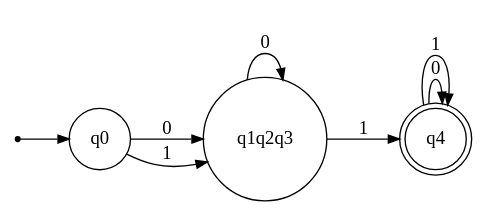
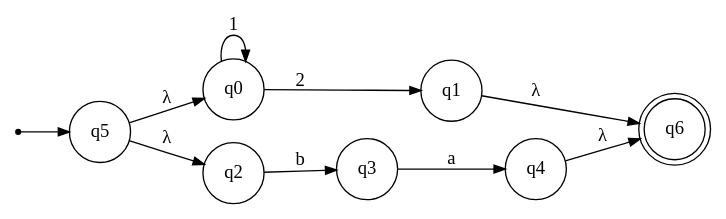
The diagram in Project1/Digraph.gv (AliSheikhAttar/TheoryofLanguagesAndAutomata), drawn with Graphviz before and after one commit. The commit also changed 6 other files, not shown here.

```diff
--- a/Project1/Digraph.gv
+++ b/Project1/Digraph.gv
@@ -1,15 +1,21 @@
 digraph {
 	ranksep=0.5 size="(8, 8)"
 	rankdir=LR
 	Initial [label="" fontsize=14.0 shape=point]
 	q0 [fontsize=14.0 shape=circle]
-	q1q2q3 [fontsize=14.0 shape=circle]
-	q4 [fontsize=14.0 shape=doublecircle]
-	Initial -> q0 [arrowsize=0.85]
-	q0 -> q1q2q3 [label=" 0 " arrowsize=0.85 fontsize=14.0]
-	q0 -> q1q2q3 [label=" 1 " arrowsize=0.85 fontsize=14.0]
-	q1q2q3 -> q1q2q3 [label=" 0 " arrowsize=0.85 fontsize=14.0]
-	q1q2q3 -> q4 [label=" 1 " arrowsize=0.85 fontsize=14.0]
-	q4 -> q4 [label=" 0 " arrowsize=0.85 fontsize=14.0]
-	q4 -> q4 [label=" 1 " arrowsize=0.85 fontsize=14.0]
+	q1 [fontsize=14.0 shape=circle]
+	q2 [fontsize=14.0 shape=circle]
+	q3 [fontsize=14.0 shape=circle]
+	q4 [fontsize=14.0 shape=circle]
+	q5 [fontsize=14.0 shape=circle]
+	q6 [fontsize=14.0 shape=doublecircle]
+	Initial -> q5 [arrowsize=0.85]
+	q0 -> q0 [label=" 1 " arrowsize=0.85 fontsize=14.0]
+	q0 -> q1 [label=" 2 " arrowsize=0.85 fontsize=14.0]
+	q1 -> q6 [label=" λ " arrowsize=0.85 fontsize=14.0]
+	q2 -> q3 [label=" b " arrowsize=0.85 fontsize=14.0]
+	q3 -> q4 [label=" a " arrowsize=0.85 fontsize=14.0]
+	q4 -> q6 [label=" λ " arrowsize=0.85 fontsize=14.0]
+	q5 -> q0 [label=" λ " arrowsize=0.85 fontsize=14.0]
+	q5 -> q2 [label=" λ " arrowsize=0.85 fontsize=14.0]
 }
```
